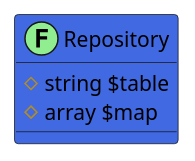
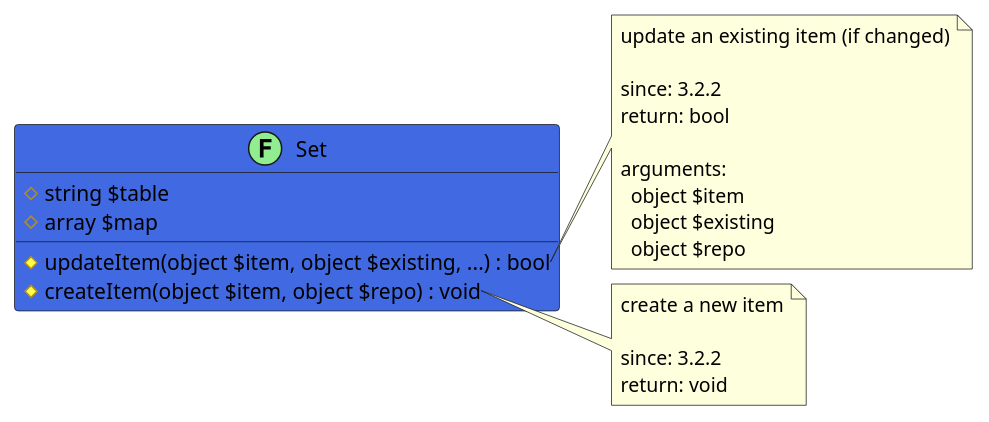
Before and after one commit to joomengine/jcb-compiler: the diagram in src/85cddb24-7ee6-4d86-a0db-615f443e1aec/README.md, drawn with PlantUML. The commit also changed other lines of this file and 846 other files, not shown here.

````diff
--- a/src/85cddb24-7ee6-4d86-a0db-615f443e1aec/README.md
+++ b/src/85cddb24-7ee6-4d86-a0db-615f443e1aec/README.md
@@ -12,9 +13,30 @@
 ```uml
 @startuml
-class Repository << (F,LightGreen) >> #RoyalBlue {
+class Set << (F,LightGreen) >> #RoyalBlue {
   # string $table
   # array $map
+  # updateItem(object $item, object $existing, ...) : bool
+  # createItem(object $item, object $repo) : void
 }
+
+note right of Set::updateItem
+  update an existing item (if changed)
+
+  since: 3.2.2
+  return: bool
+  
+  arguments:
+    object $item
+    object $existing
+    object $repo
+end note
+
+note right of Set::createItem
+  create a new item
+
+  since: 3.2.2
+  return: void
+end note
  
 @enduml
 ```
````
